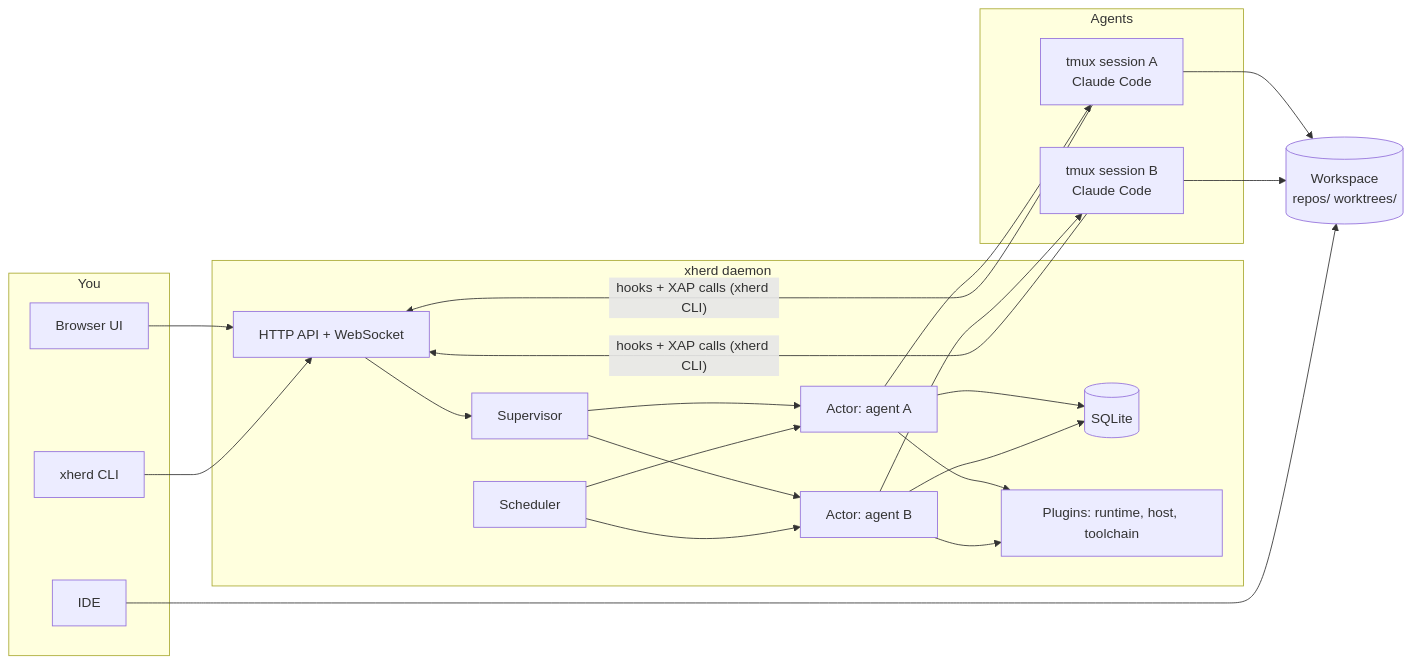
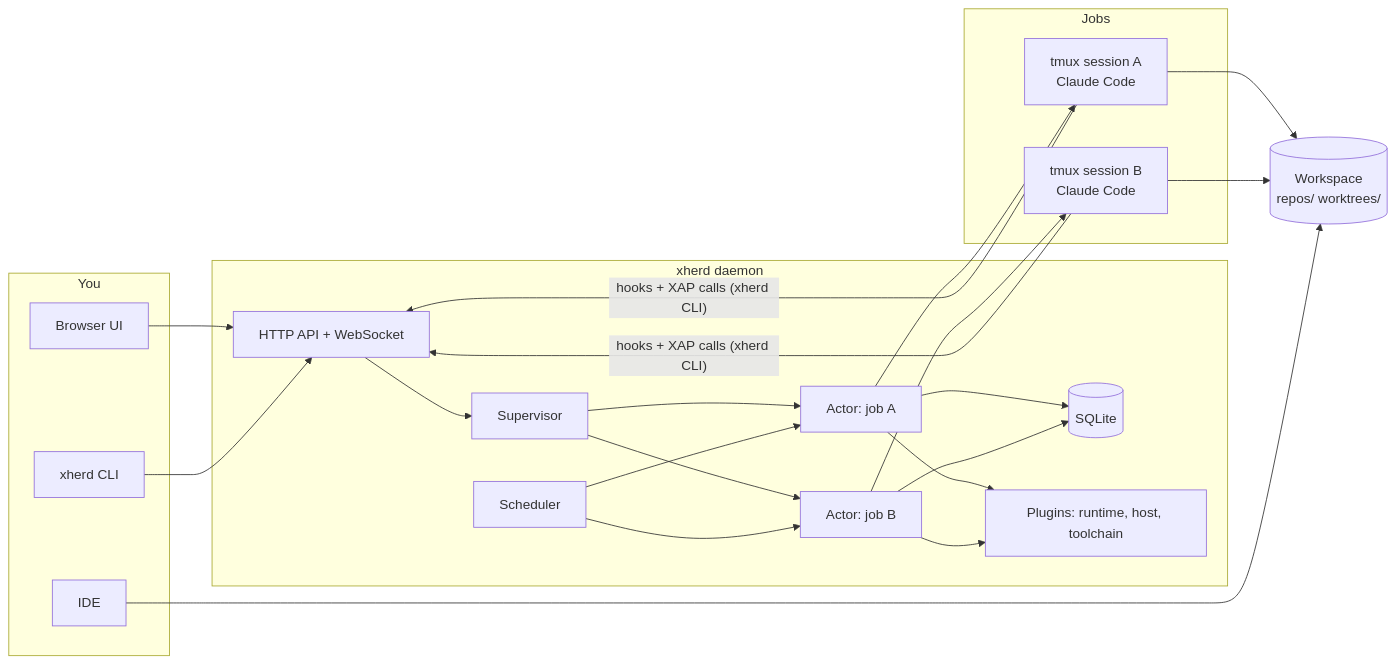
Before and after one commit to xionjames/xherd: the first of 4 diagrams in doc/dev/architecture.md, drawn with Mermaid. The commit also changed other lines of this file and 24 other files, not shown here.

````diff
--- a/doc/dev/architecture.md
+++ b/doc/dev/architecture.md
@@ -7,33 +7,33 @@
 ```mermaid
 flowchart LR
     subgraph You
         B[Browser UI]
         C[xherd CLI]
         I[IDE]
     end
     subgraph Daemon["xherd daemon"]
         API[HTTP API + WebSocket]
         S[Supervisor]
-        A1[Actor: agent A]
-        A2[Actor: agent B]
+        A1[Actor: job A]
+        A2[Actor: job B]
         SCH[Scheduler]
         DB[(SQLite)]
         P[Plugins: runtime, host, toolchain]
     end
-    subgraph Agents
+    subgraph Jobs
         T1[tmux session A<br/>Claude Code]
         T2[tmux session B<br/>Claude Code]
     end
     W[(Workspace<br/>repos/ worktrees/)]
 
     B & C --> API
     API --> S --> A1 & A2
     SCH --> A1 & A2
     A1 & A2 --> DB
     A1 --> T1
     A2 --> T2
     T1 & T2 -- "hooks + XAP calls (xherd CLI)" --> API
     T1 & T2 --> W
     I --> W
     A1 & A2 --> P
 ```
````
